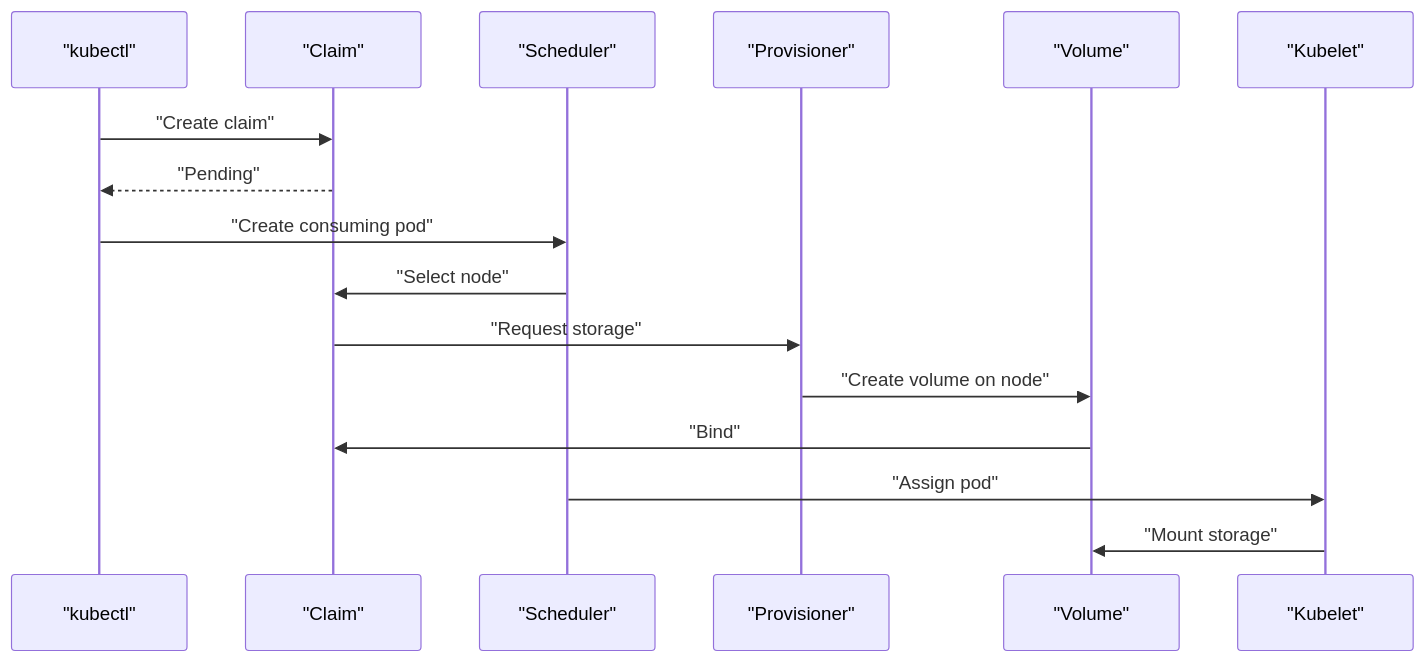
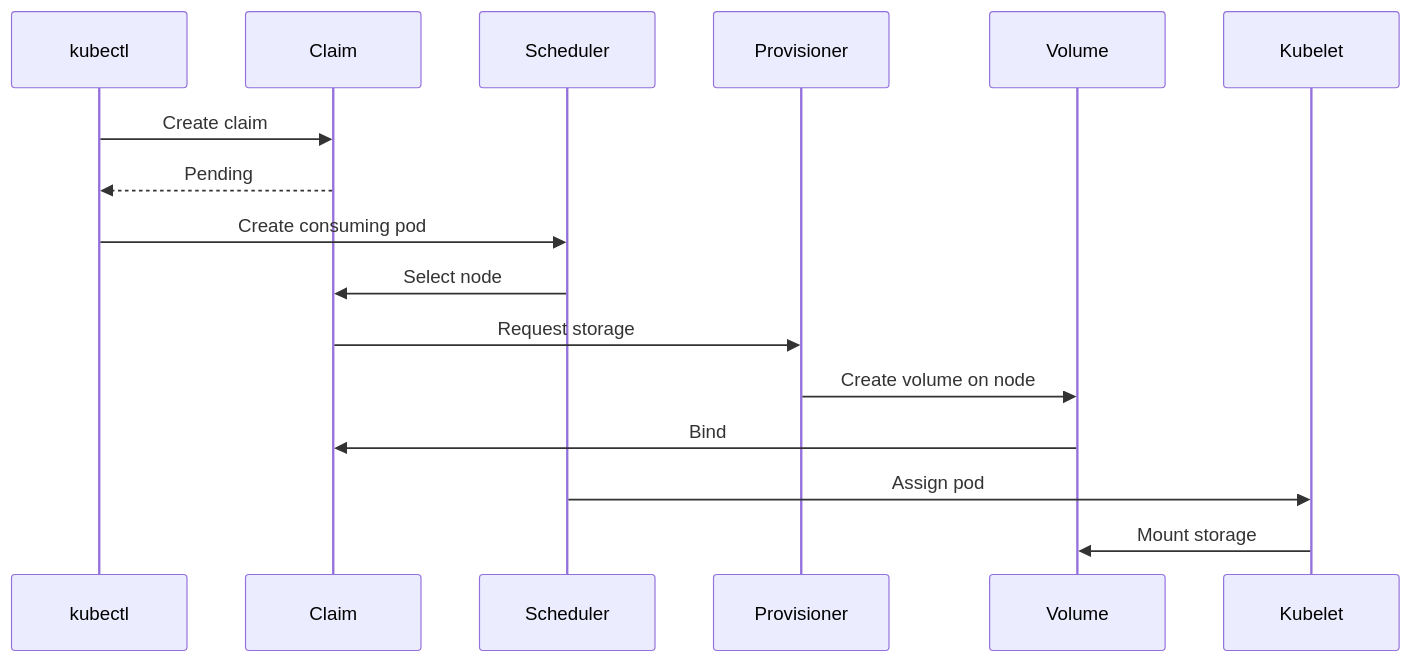
One commit to astrona-io/ATS017 changed the diagram in sections/section-020/module-03/course-01-storageclasses-and-dynamic-provisioning.md. Above: the diagram before and after it, drawn with Mermaid. The commit also changed 1 other file, not shown here.

Commit message:
fix(section-020): drop literal quotes and semicolons in two Mermaid diagrams

````diff
--- a/sections/section-020/module-03/course-01-storageclasses-and-dynamic-provisioning.md
+++ b/sections/section-020/module-03/course-01-storageclasses-and-dynamic-provisioning.md
@@ -160,18 +160,18 @@
 ```mermaid
 sequenceDiagram
-    participant U as "kubectl"
-    participant C as "Claim"
-    participant S as "Scheduler"
-    participant P as "Provisioner"
-    participant V as "Volume"
-    participant K as "Kubelet"
-    U->>C: "Create claim"
-    C-->>U: "Pending"
-    U->>S: "Create consuming pod"
-    S->>C: "Select node"
-    C->>P: "Request storage"
-    P->>V: "Create volume on node"
-    V->>C: "Bind"
-    S->>K: "Assign pod"
-    K->>V: "Mount storage"
+    participant U as kubectl
+    participant C as Claim
+    participant S as Scheduler
+    participant P as Provisioner
+    participant V as Volume
+    participant K as Kubelet
+    U->>C: Create claim
+    C-->>U: Pending
+    U->>S: Create consuming pod
+    S->>C: Select node
+    C->>P: Request storage
+    P->>V: Create volume on node
+    V->>C: Bind
+    S->>K: Assign pod
+    K->>V: Mount storage
 ```
````
